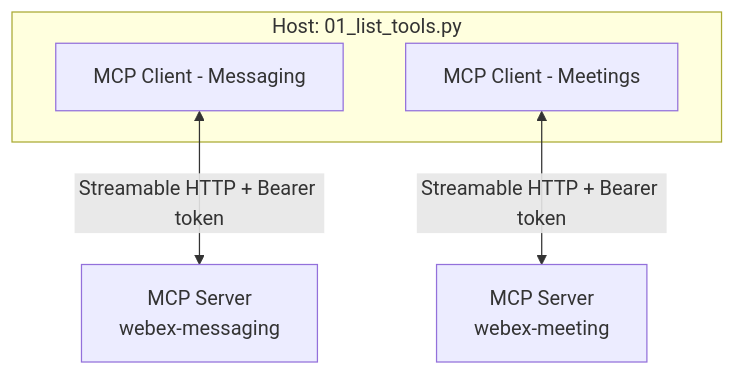
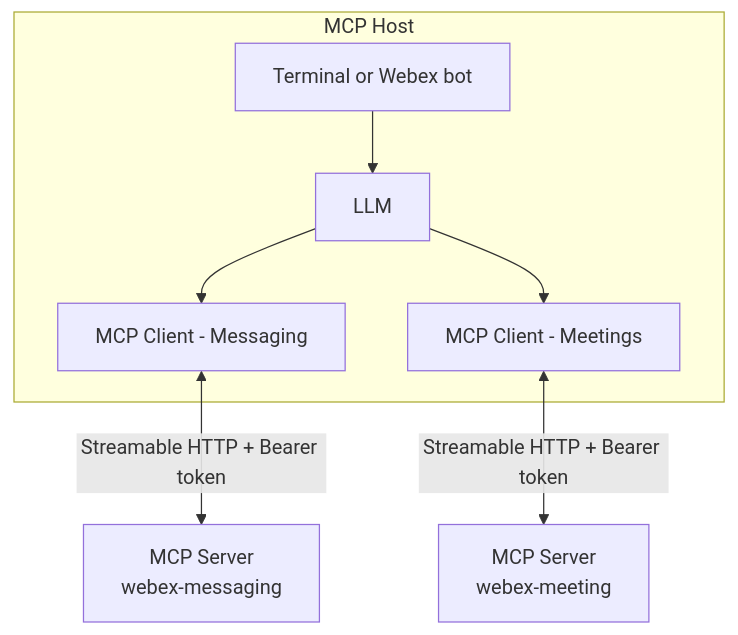
The second of 2 diagrams in docs/lab4_mcp.md (WebexCC-SA/LAB-31123), drawn with Mermaid before and after one commit.

````diff
--- a/docs/lab4_mcp.md
+++ b/docs/lab4_mcp.md
@@ -28,11 +28,16 @@
 ```mermaid
 flowchart TB
-    subgraph Host["Host: 01_list_tools.py"]
+    subgraph Host["MCP Host"]
+        UI[Terminal or Webex bot]
+        LLM[LLM]
         C1[MCP Client - Messaging]
         C2[MCP Client - Meetings]
+        UI --> LLM
+        LLM --> C1
+        LLM --> C2
     end
     S1["MCP Server\nwebex-messaging"]
     S2["MCP Server\nwebex-meeting"]
     C1 <-->|Streamable HTTP + Bearer token| S1
     C2 <-->|Streamable HTTP + Bearer token| S2
 ```
````
